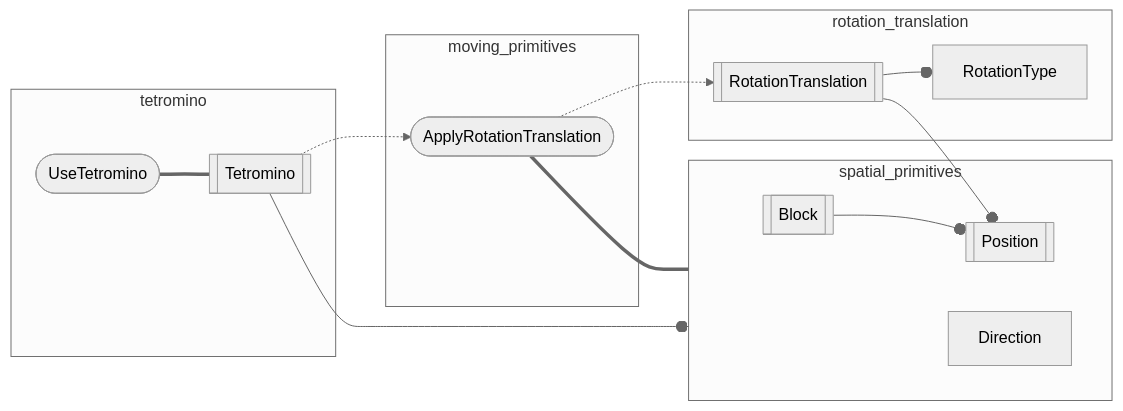
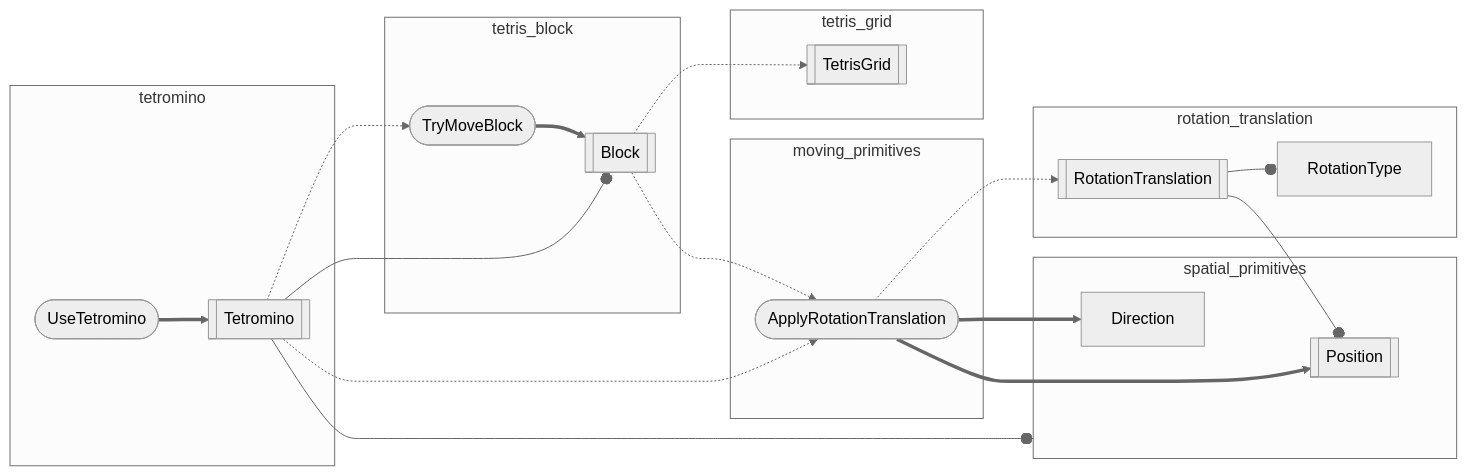
The diagram in src/app/player/back_end/back_end_flowgraph.mmd (inesvar/tetris), drawn with Mermaid (neutral theme) before and after one commit. The commit also changed 3 other files, not shown here.

```diff
--- a/src/app/player/back_end/back_end_flowgraph.mmd
+++ b/src/app/player/back_end/back_end_flowgraph.mmd
@@ -1,41 +1,53 @@
 graph LR
     %% objects
     Position[[Position]]
-    Block[[Block]]
     Direction[Direction]
     RotationTranslation[[RotationTranslation]]
     RotationType[RotationType]
     ApplyRotationTranslation([ApplyRotationTranslation])
+    Block[[Block]]
+    TryMoveBlock([TryMoveBlock])
+    TetrisGrid[[TetrisGrid]]
     Tetromino[[Tetromino]]
     UseTetromino([UseTetromino])
 
     %% modules
     spatial_primitives[spatial_primitives]
     rotation_translation[rotation_translation]
     moving_primitives[moving_primitives]
     tetromino[tetromino]
 
     subgraph spatial_primitives
-        Block --o Position
-        Direction
+        Direction ~~~ Position
     end
+    
 
     subgraph rotation_translation
         RotationTranslation --o RotationType
     end
 
     RotationTranslation --o Position
 
     subgraph moving_primitives
         ApplyRotationTranslation
     end
 
-    ApplyRotationTranslation === spatial_primitives
+    ApplyRotationTranslation ==> Position & Direction
     ApplyRotationTranslation -.-> RotationTranslation
+    
+    subgraph tetris_block
+        TryMoveBlock ==> Block
+    end
+
+    subgraph tetris_grid
+        TetrisGrid
+    end
+
+    Block -.-> ApplyRotationTranslation & TetrisGrid
 
     subgraph tetromino
-        UseTetromino === Tetromino
+        UseTetromino ==> Tetromino
     end
 
-    Tetromino --o spatial_primitives
-    Tetromino -.-> ApplyRotationTranslation
+    Tetromino --o spatial_primitives & Block
+    Tetromino -.-> ApplyRotationTranslation & TryMoveBlock
```
